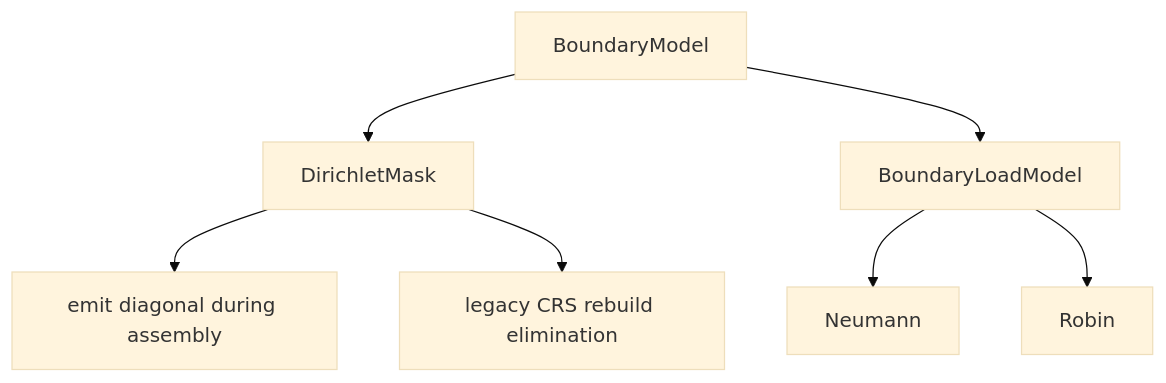
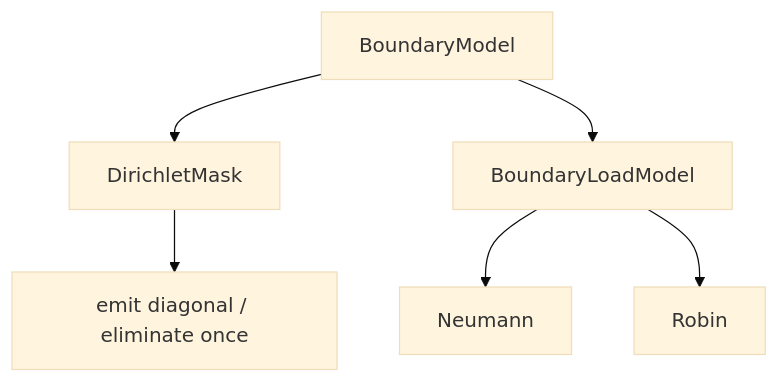
The fourth of 5 diagrams in src/math/ARCHITECTURE.md (anshelino0606/DelaunayForge), drawn with Mermaid (base theme) before and after one commit. The commit also changed other lines of this file and 26 other files, not shown here.

````diff
--- a/src/math/ARCHITECTURE.md
+++ b/src/math/ARCHITECTURE.md
@@ -40,9 +43,8 @@
 ```mermaid
 flowchart TD
     BoundaryModel --> Mask[DirichletMask]
-    Mask --> Assembly[emit diagonal during assembly]
-    Mask --> Rebuild[legacy CRS rebuild elimination]
+    Mask --> Assembly[emit diagonal / eliminate once]
     BoundaryModel --> Natural[BoundaryLoadModel]
     Natural --> Neumann
     Natural --> Robin
 ```
````
